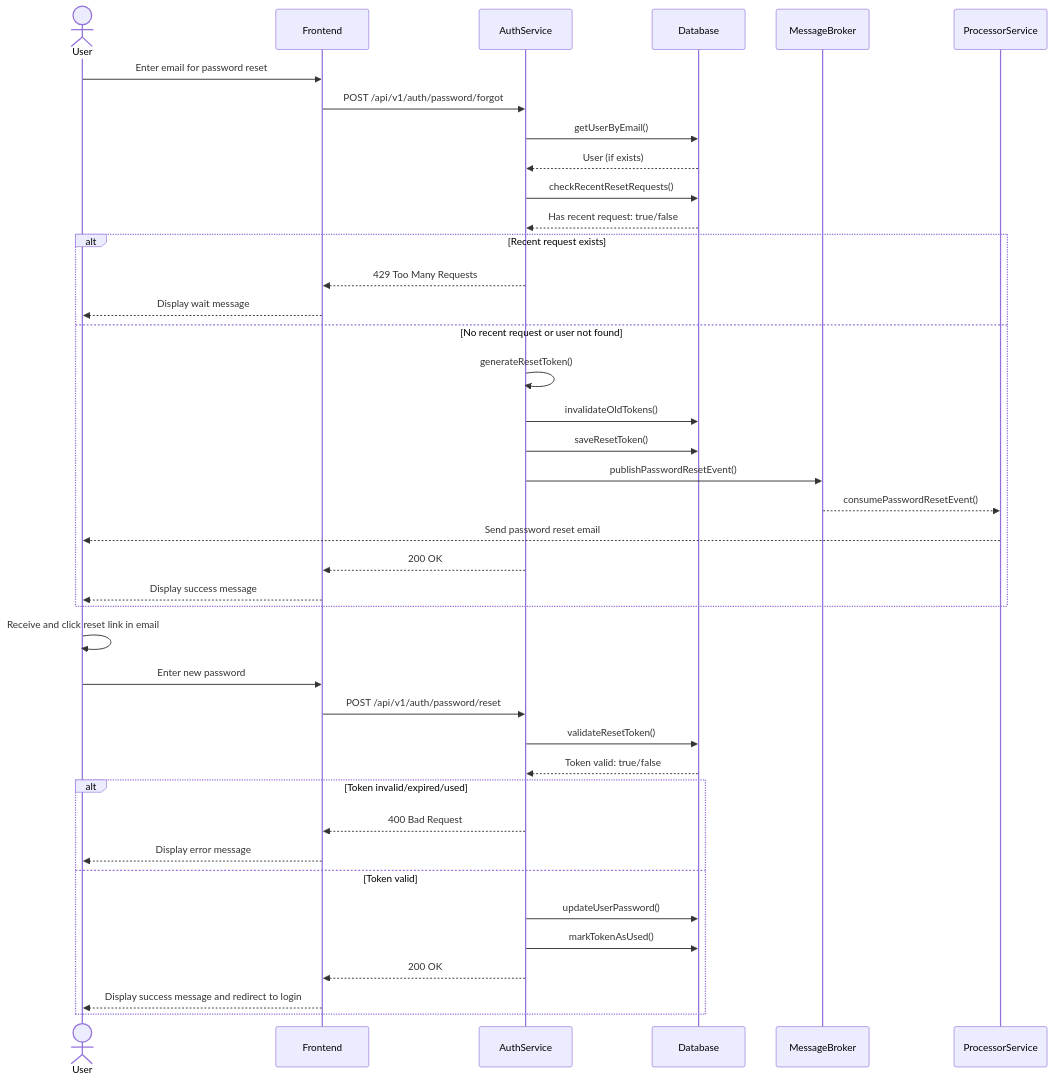
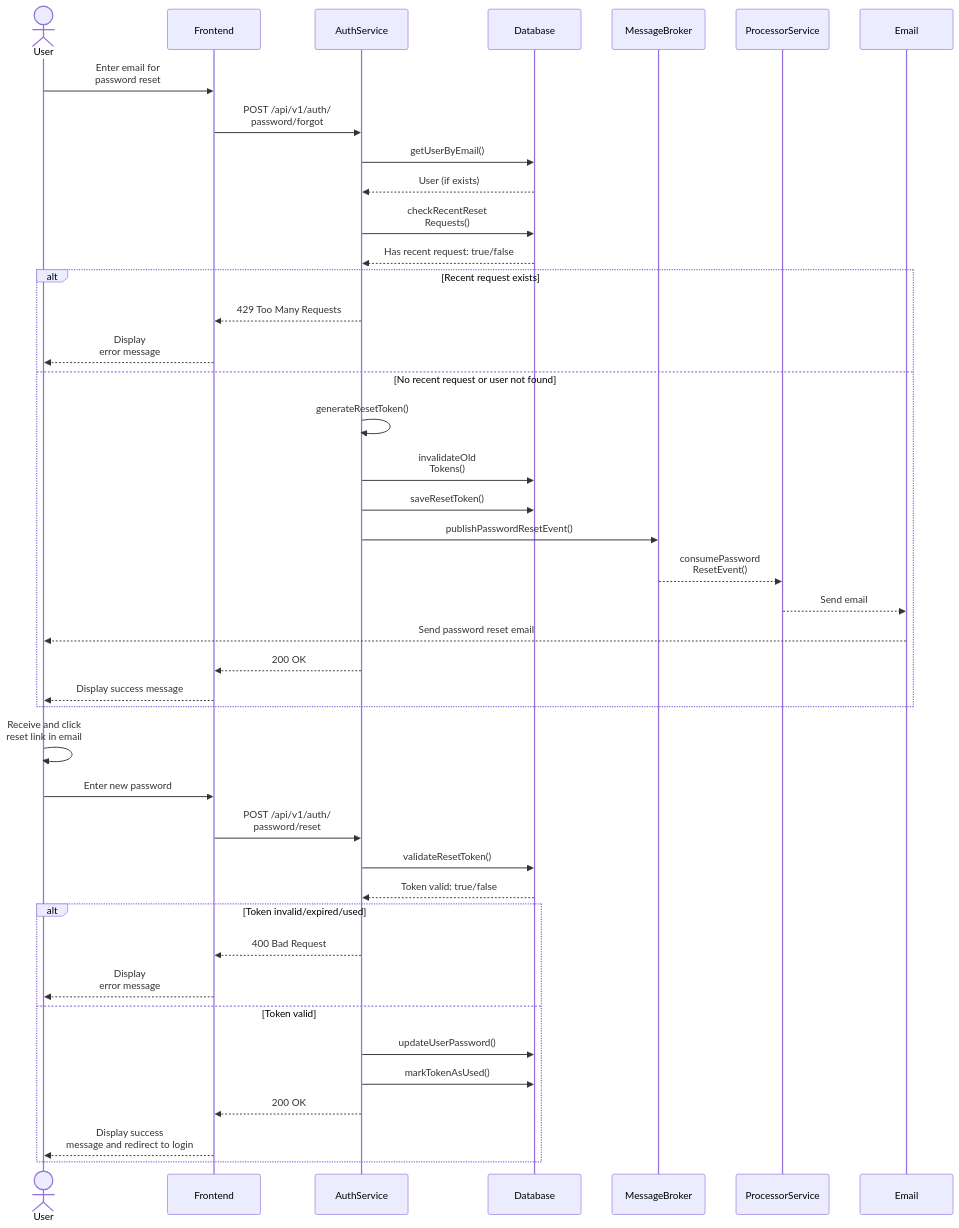
Before and after one commit to loidinhm31/document-management-and-search-system: the diagram in project/sequence-diagram/1.7_forgot-password-sequence.mermaid, drawn with Mermaid. The commit also changed 12 other files, not shown here.

Commit message:
Update sequence diagrams

```diff
--- a/project/sequence-diagram/1.7_forgot-password-sequence.mermaid
+++ b/project/sequence-diagram/1.7_forgot-password-sequence.mermaid
@@ -1,50 +1,52 @@
 sequenceDiagram
     actor User
     participant Frontend
     participant AuthService
     participant Database
     participant MessageBroker
     participant ProcessorService
+    participant Email
 
-    User->>Frontend: Enter email for password reset
-    Frontend->>AuthService: POST /api/v1/auth/password/forgot
+    User->>Frontend: Enter email for <br> password reset
+    Frontend->>AuthService: POST /api/v1/auth/<br>password/forgot
 
     AuthService->>Database: getUserByEmail()
     Database-->>AuthService: User (if exists)
 
-    AuthService->>Database: checkRecentResetRequests()
+    AuthService->>Database: checkRecentReset<br>Requests()
     Database-->>AuthService: Has recent request: true/false
 
     alt Recent request exists
         AuthService-->>Frontend: 429 Too Many Requests
-        Frontend-->>User: Display wait message
+        Frontend-->>User: Display <br>error  message
     else No recent request or user not found
         AuthService->>AuthService: generateResetToken()
-        AuthService->>Database: invalidateOldTokens()
+        AuthService->>Database: invalidateOld<br>Tokens()
         AuthService->>Database: saveResetToken()
 
         AuthService->>MessageBroker: publishPasswordResetEvent()
-        MessageBroker-->>ProcessorService: consumePasswordResetEvent()
-        ProcessorService-->>User: Send password reset email
+        MessageBroker-->>ProcessorService: consumePassword<br>ResetEvent()
+        ProcessorService-->>Email: Send email
+        Email-->>User: Send password reset email
 
         AuthService-->>Frontend: 200 OK
         Frontend-->>User: Display success message
     end
 
-    User->>User: Receive and click reset link in email
+    User->>User: Receive and click <br> reset link in email
     User->>Frontend: Enter new password
-    Frontend->>AuthService: POST /api/v1/auth/password/reset
+    Frontend->>AuthService: POST /api/v1/auth/<br>password/reset
 
     AuthService->>Database: validateResetToken()
     Database-->>AuthService: Token valid: true/false
 
     alt Token invalid/expired/used
         AuthService-->>Frontend: 400 Bad Request
-        Frontend-->>User: Display error message
+        Frontend-->>User: Display <br> error message
     else Token valid
         AuthService->>Database: updateUserPassword()
         AuthService->>Database: markTokenAsUsed()
 
         AuthService-->>Frontend: 200 OK
-        Frontend-->>User: Display success message and redirect to login
+        Frontend-->>User: Display success <br> message and redirect to login
     end
```
